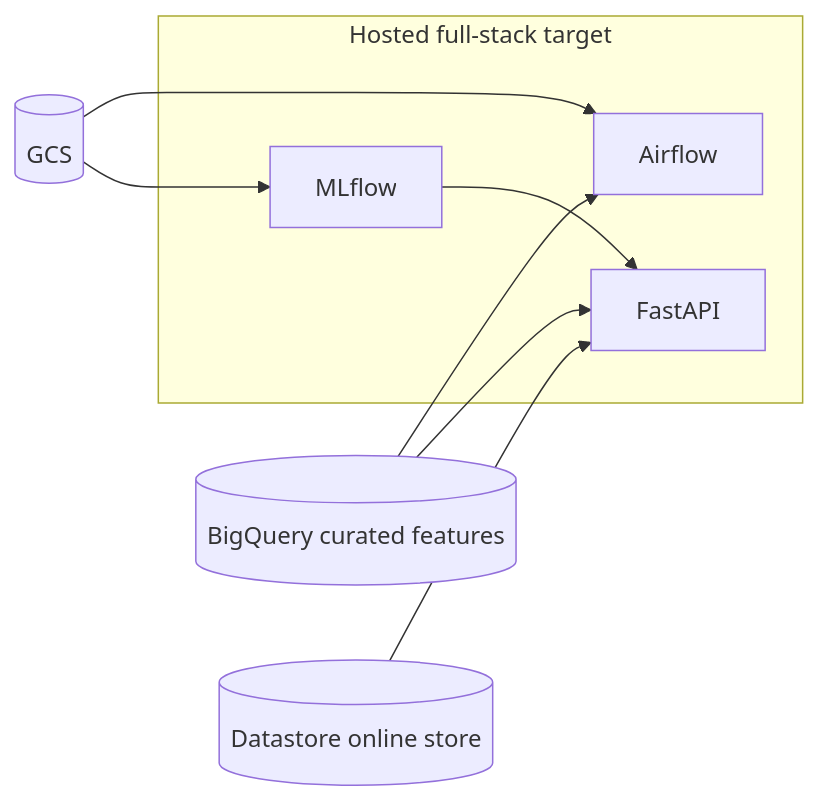
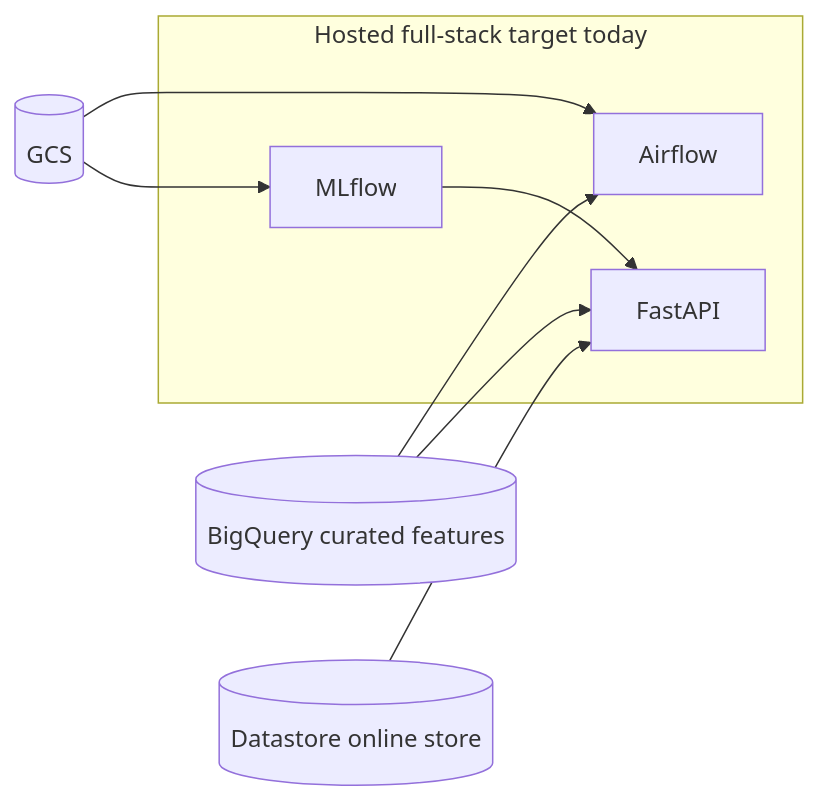
One commit to javihslu/foehncast changed the fourth of 5 diagrams in docs/site/system/architecture.md. Above: the diagram before and after it, drawn with Mermaid. The commit also changed other lines of this file and 20 other files, not shown here.

```diff
--- a/docs/site/system/architecture.md
+++ b/docs/site/system/architecture.md
@@ -112,14 +116,14 @@
 <div class="mermaid">
 flowchart LR
-    subgraph Host[Hosted full-stack target]
+    subgraph Host[Hosted full-stack target today]
         HAF[Airflow]
         HML[MLflow]
         HAPI[FastAPI]
     end
     GCS[(GCS)] --> HAF
     GCS --> HML
     BQ[(BigQuery curated features)] --> HAF
     BQ --> HAPI
     HML --> HAPI
     DS[(Datastore online store)] --> HAPI
 </div>
```
